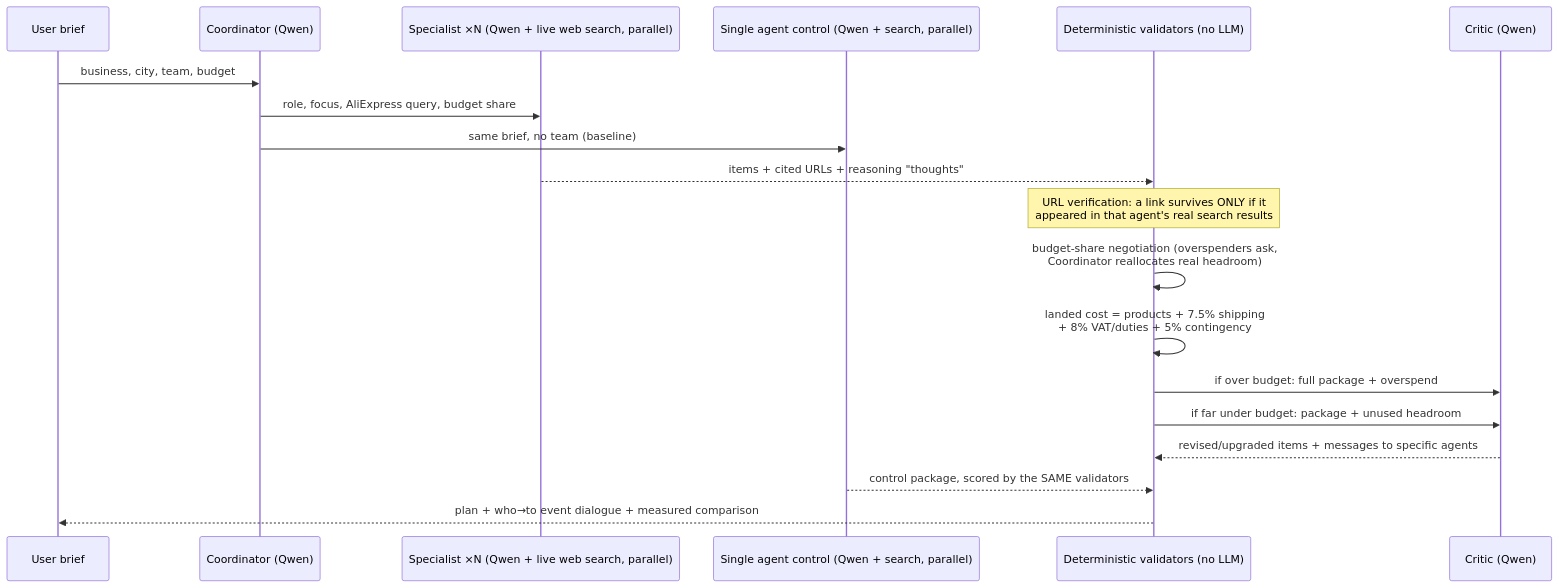
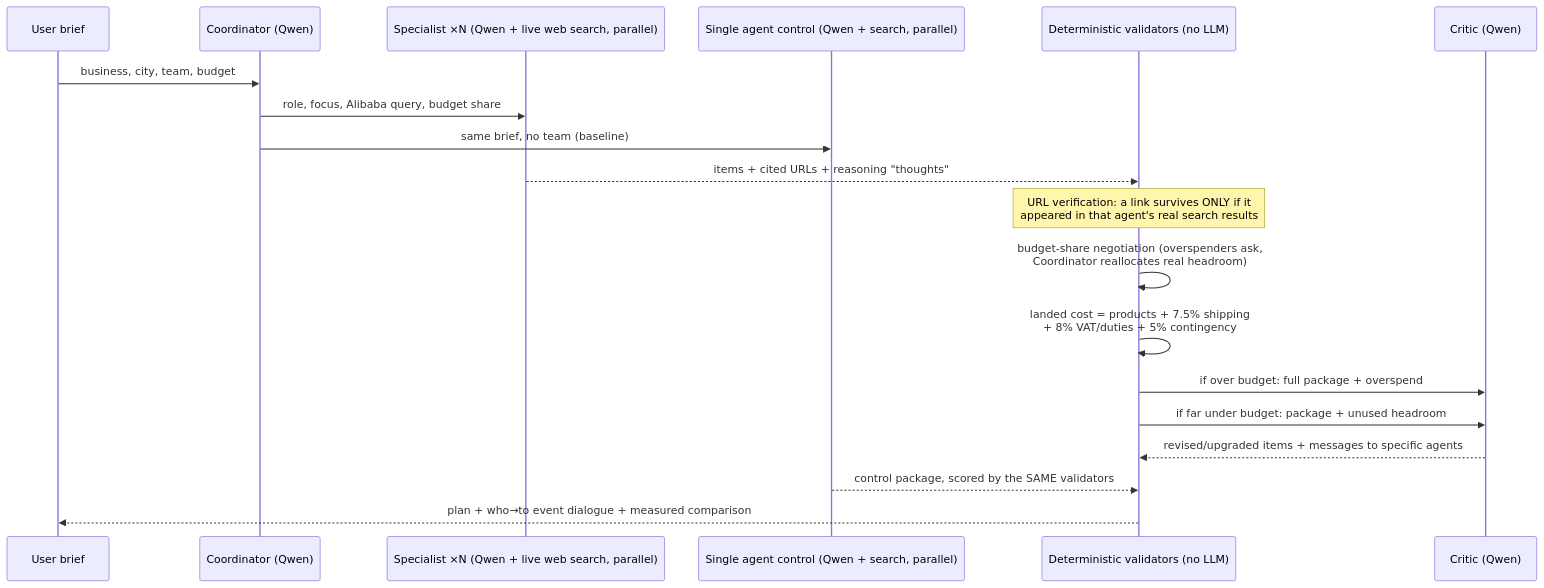
Before and after one commit to teawa-b/QwenHackathon-2: the second of 2 diagrams in docs/ARCHITECTURE.md, drawn with Mermaid. The commit also changed other lines of this file and 6 other files, not shown here.

````diff
--- a/docs/ARCHITECTURE.md
+++ b/docs/ARCHITECTURE.md
@@ -48,22 +48,22 @@
 ```mermaid
 sequenceDiagram
     participant U as User brief
     participant C as Coordinator (Qwen)
     participant S1 as Specialist ×N (Qwen + live web search, parallel)
     participant B as Single agent control (Qwen + search, parallel)
     participant V as Deterministic validators (no LLM)
     participant K as Critic (Qwen)
 
     U->>C: business, city, team, budget
-    C->>S1: role, focus, AliExpress query, budget share
+    C->>S1: role, focus, Alibaba query, budget share
     C->>B: same brief, no team (baseline)
     S1-->>V: items + cited URLs + reasoning "thoughts"
     Note over V: URL verification: a link survives ONLY if it<br/>appeared in that agent's real search results
     V->>V: budget-share negotiation (overspenders ask,<br/>Coordinator reallocates real headroom)
     V->>V: landed cost = products + 7.5% shipping<br/>+ 8% VAT/duties + 5% contingency
     V->>K: if over budget: full package + overspend
     V->>K: if far under budget: package + unused headroom
     K-->>V: revised/upgraded items + messages to specific agents
     B-->>V: control package, scored by the SAME validators
     V-->>U: plan + who→to event dialogue + measured comparison
 ```
````
